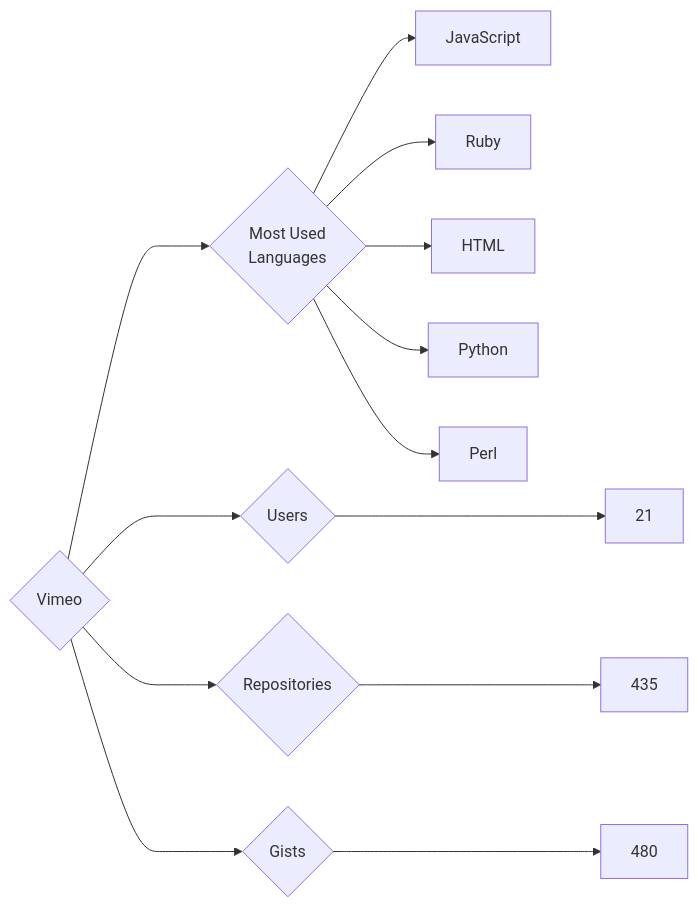
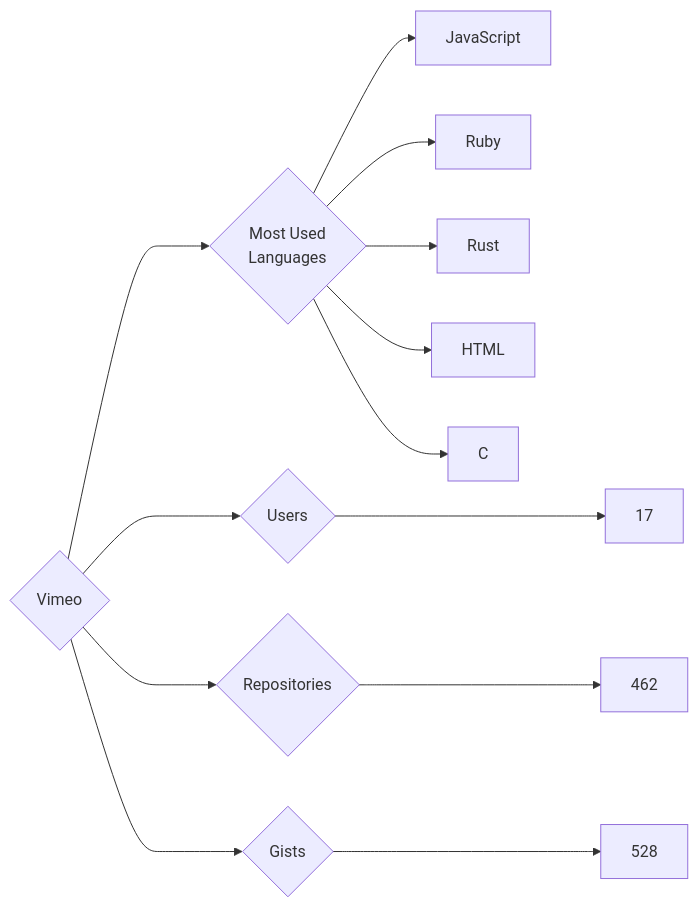
Before and after one commit to trickest/insiders: the diagram in targets/Vimeo/README.md, drawn with Mermaid. The commit also changed 787 other files, not shown here.

````diff
--- a/targets/Vimeo/README.md
+++ b/targets/Vimeo/README.md
@@ -3,13 +3,13 @@
 ```mermaid
 graph LR
 COMPANY_NAME{Vimeo}
-COMPANY_NAME ---> U{Users} ---> UN[21]
-COMPANY_NAME ---> R{Repositories} ---> RN[435]
-COMPANY_NAME ---> G{Gists} ---> GN[480]
+COMPANY_NAME ---> U{Users} ---> UN[17]
+COMPANY_NAME ---> R{Repositories} ---> RN[462]
+COMPANY_NAME ---> G{Gists} ---> GN[528]
 COMPANY_NAME ---> ML{Most Used<br>Languages}
 ML --> JavaScript[JavaScript]
 ML --> Ruby[Ruby]
+ML --> Rust[Rust]
 ML --> HTML[HTML]
-ML --> Python[Python]
-ML --> Perl[Perl]
+ML --> C[C]
 ```
````
